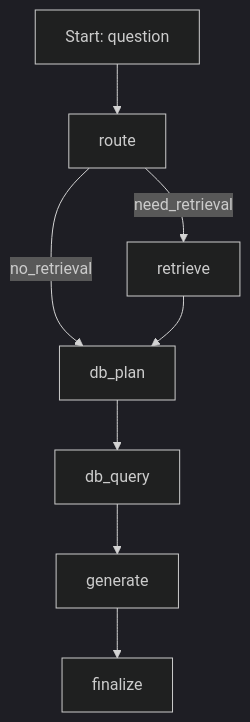
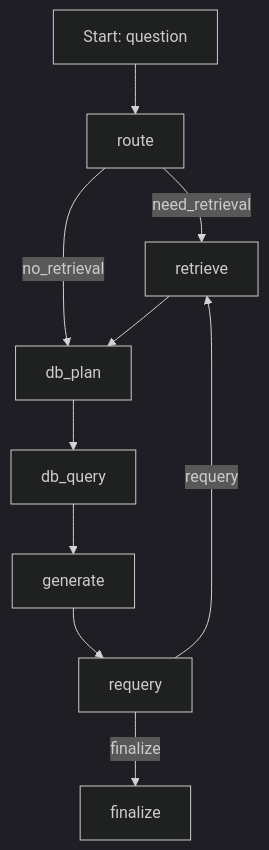
Before and after one commit to MaoEmong/LagGraph-Rag: the diagram in .context/04GraphSpec.md, drawn with Mermaid (dark theme). The commit also changed other lines of this file and 7 other files, not shown here.

````diff
--- a/.context/04GraphSpec.md
+++ b/.context/04GraphSpec.md
@@ -34,10 +35,12 @@
 ```mermaid
 flowchart TD
   A[Start: question] --> B[route]
   B -->|need_retrieval| C[retrieve]
   B -->|no_retrieval| P[db_plan]
   C --> P[db_plan]
   P --> Q[db_query]
   Q --> D[generate]
-  D --> E[finalize]
+  D --> R[requery]
+  R -->|requery| C
+  R -->|finalize| E[finalize]
 ```
````
